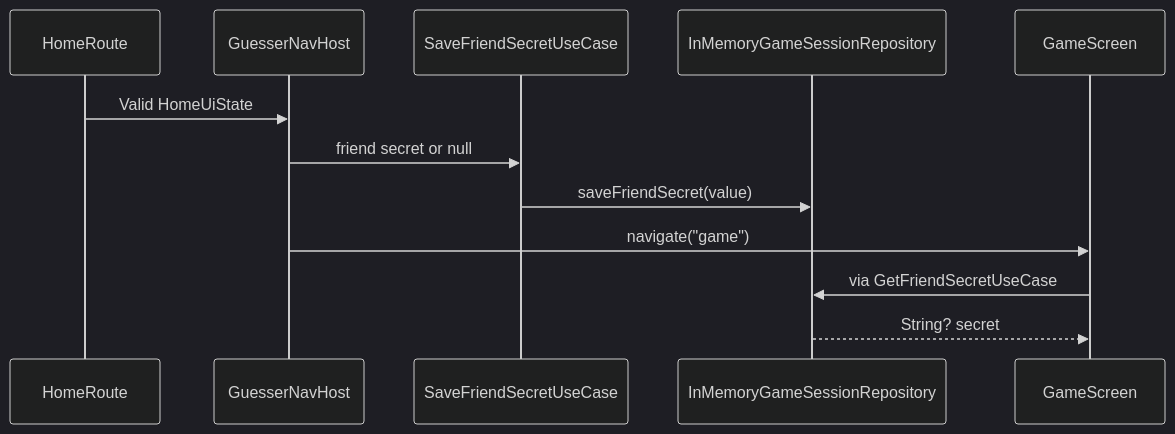
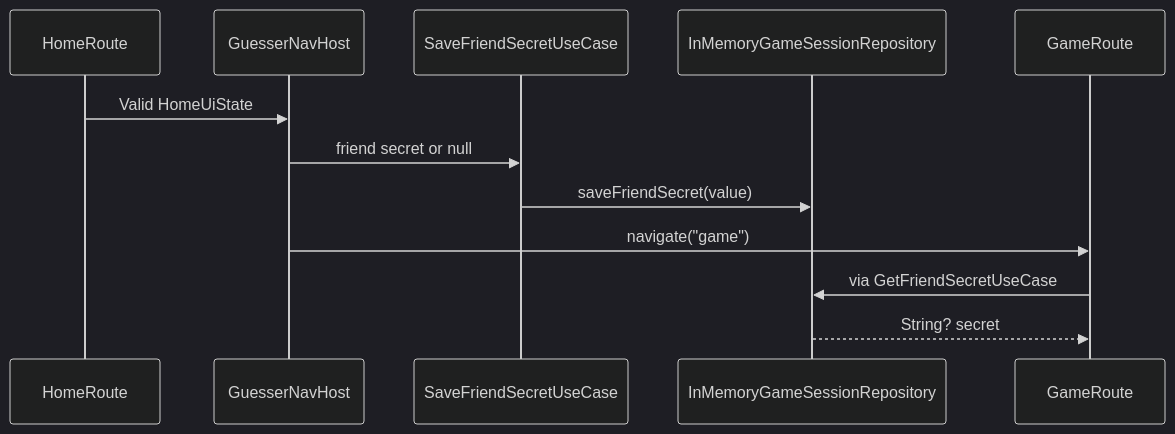
The diagram in docs/implementation.md (theKeval/Guesser), drawn with Mermaid (dark theme) before and after one commit. The commit also changed other lines of this file and 17 other files, not shown here.

First line of the commit message:
Redesign game screen with playable guessing loop

````diff
--- a/docs/implementation.md
+++ b/docs/implementation.md
@@ -93,15 +93,15 @@
 ```mermaid
 sequenceDiagram
     participant Home as HomeRoute
     participant Nav as GuesserNavHost
     participant Save as SaveFriendSecretUseCase
     participant Repo as InMemoryGameSessionRepository
-    participant Game as GameScreen
+    participant Game as GameRoute
 
     Home->>Nav: Valid HomeUiState
     Nav->>Save: friend secret or null
     Save->>Repo: saveFriendSecret(value)
     Nav->>Game: navigate("game")
     Game->>Repo: via GetFriendSecretUseCase
     Repo-->>Game: String? secret
 ```
````
